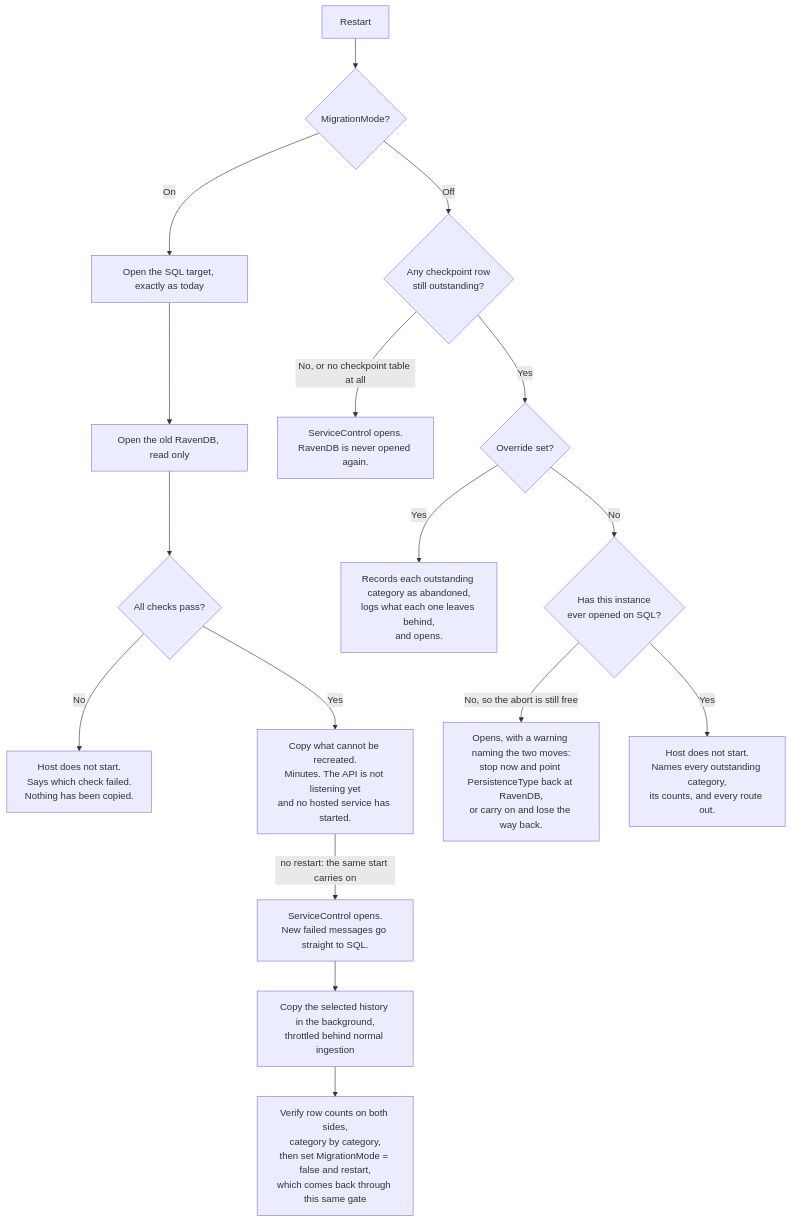
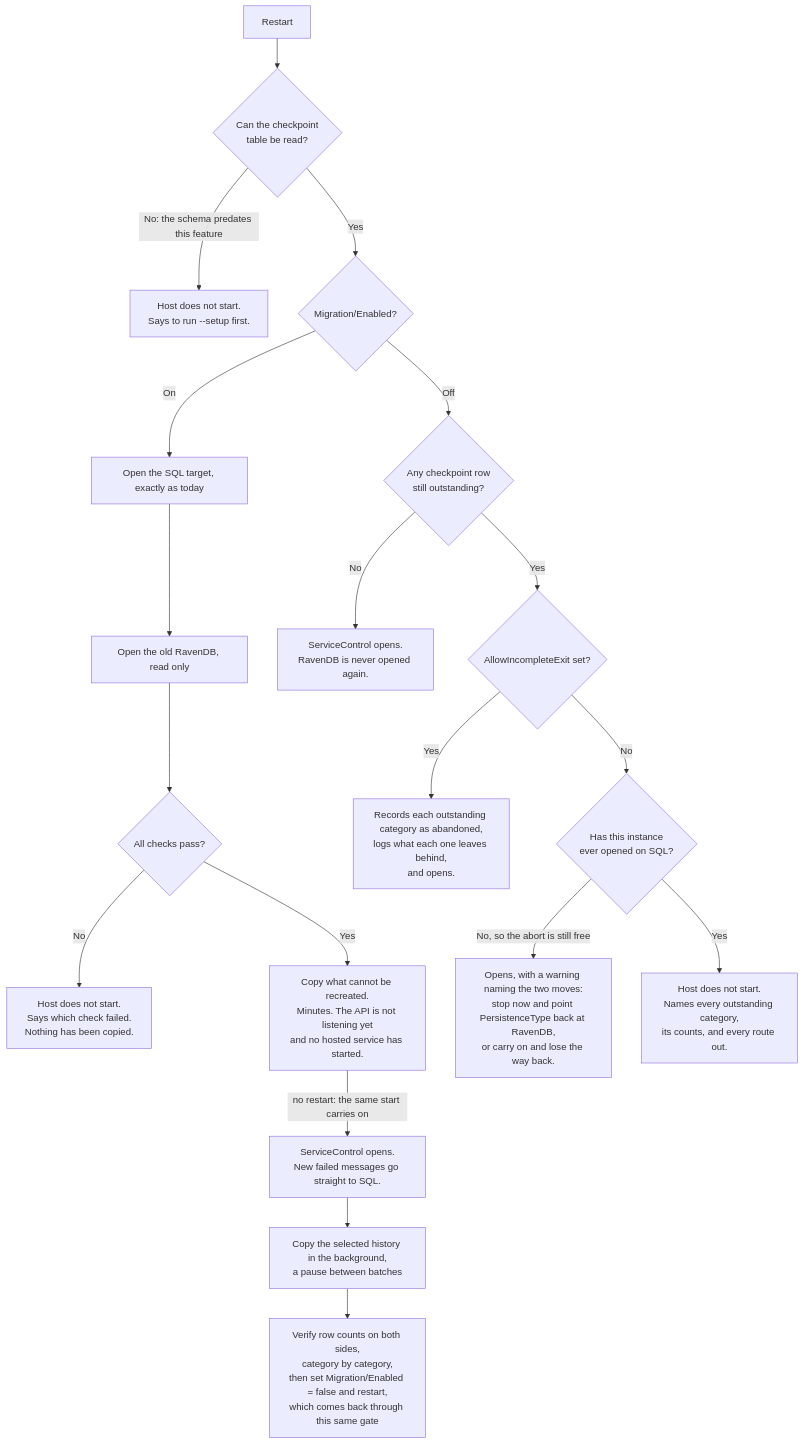
The second of 4 diagrams in docs/migration/ravendb-to-sql-migration-overview.md (Particular/ServiceControl), drawn with Mermaid before and after one commit. The commit also changed other lines of this file and 4 other files, not shown here.

````diff
--- a/docs/migration/ravendb-to-sql-migration-overview.md
+++ b/docs/migration/ravendb-to-sql-migration-overview.md
@@ -123,21 +132,23 @@
 ```mermaid
 flowchart TB
-    A["Restart"] --> M{"MigrationMode?"}
+    A["Restart"] --> T{"Can the checkpoint<br/>table be read?"}
+    T -->|"No: the schema predates this feature"| U["Host does not start.<br/>Says to run --setup first."]
+    T -->|"Yes"| M{"Migration/Enabled?"}
 
     M -->|"On"| B["Open the SQL target, exactly as today"]
     B --> C["Open the old RavenDB, read only"]
     C --> D{"All checks pass?"}
     D -->|"No"| E["Host does not start.<br/>Says which check failed.<br/>Nothing has been copied."]
     D -->|"Yes"| F["Copy what cannot be recreated.<br/>Minutes. The API is not listening yet<br/>and no hosted service has started."]
     F -->|"no restart: the same start carries on"| G["ServiceControl opens.<br/>New failed messages go straight to SQL."]
-    G --> H["Copy the selected history in the background,<br/>throttled behind normal ingestion"]
-    H --> I["Verify row counts on both sides,<br/>category by category,<br/>then set MigrationMode = false and restart,<br/>which comes back through this same gate"]
+    G --> H["Copy the selected history in the background,<br/>a pause between batches"]
+    H --> I["Verify row counts on both sides,<br/>category by category,<br/>then set Migration/Enabled = false and restart,<br/>which comes back through this same gate"]
 
     M -->|"Off"| N{"Any checkpoint row<br/>still outstanding?"}
-    N -->|"No, or no checkpoint table at all"| L["ServiceControl opens.<br/>RavenDB is never opened again."]
-    N -->|"Yes"| O{"Override set?"}
+    N -->|"No"| L["ServiceControl opens.<br/>RavenDB is never opened again."]
+    N -->|"Yes"| O{"AllowIncompleteExit set?"}
     O -->|"Yes"| P["Records each outstanding category as abandoned,<br/>logs what each one leaves behind,<br/>and opens."]
     O -->|"No"| Q{"Has this instance<br/>ever opened on SQL?"}
     Q -->|"No, so the abort is still free"| R["Opens, with a warning naming the two moves:<br/>stop now and point PersistenceType back at RavenDB,<br/>or carry on and lose the way back."]
     Q -->|"Yes"| S["Host does not start.<br/>Names every outstanding category,<br/>its counts, and every route out."]
 ```
````
